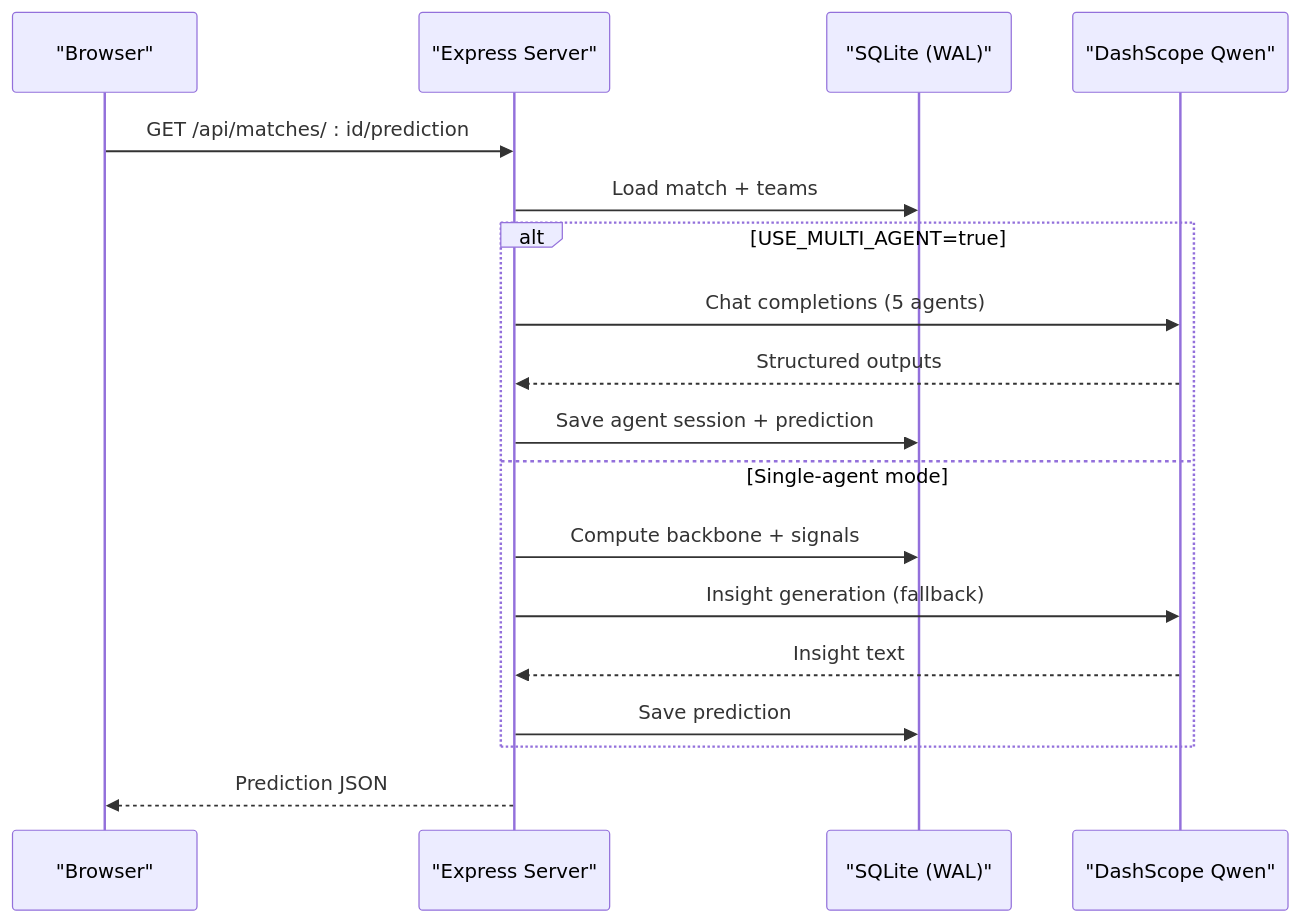
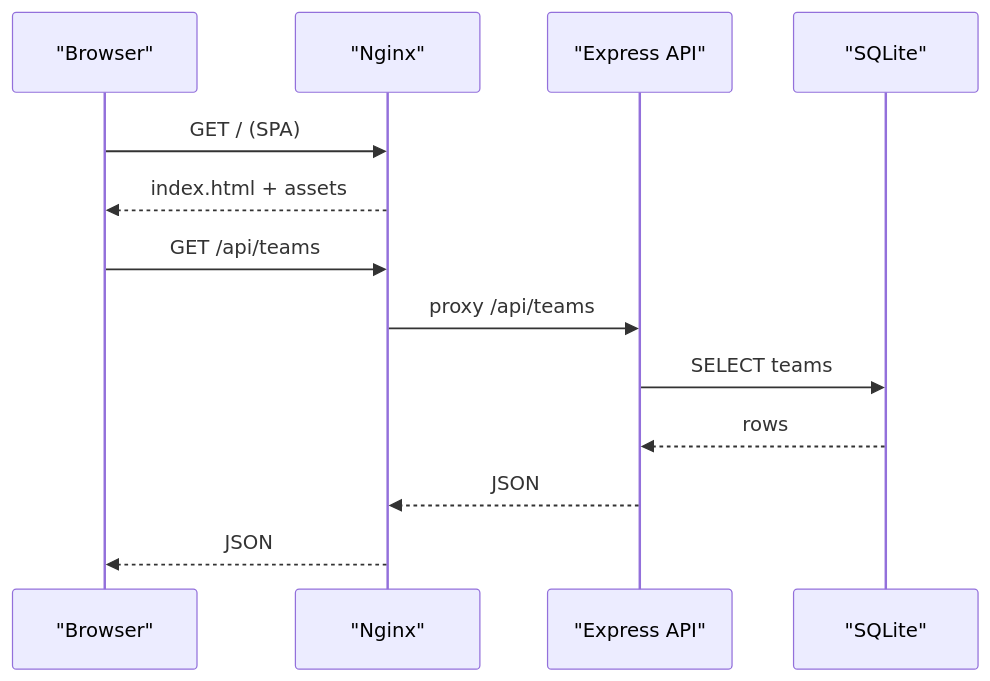
Before and after one commit to cheesiong/WC26-qwen: the third of 10 diagrams in .qoder/repowiki/en/content/System Architecture/System Architecture.md, drawn with Mermaid. The commit also changed other lines of this file and 181 other files, not shown here.

````diff
--- a/.qoder/repowiki/en/content/System Architecture/System Architecture.md
+++ b/.qoder/repowiki/en/content/System Architecture/System Architecture.md
@@ -152,20 +145,15 @@
 ```mermaid
 sequenceDiagram
 participant Browser as "Browser"
-participant API as "Express Server"
-participant DB as "SQLite (WAL)"
-participant Qwen as "DashScope Qwen"
-Browser->>API : GET /api/matches/ : id/prediction
-API->>DB : Load match + teams
-alt USE_MULTI_AGENT=true
-API->>Qwen : Chat completions (5 agents)
-Qwen-->>API : Structured outputs
-API->>DB : Save agent session + prediction
-else Single-agent mode
-API->>DB : Compute backbone + signals
-API->>Qwen : Insight generation (fallback)
-Qwen-->>API : Insight text
-API->>DB : Save prediction
-end
-API-->>Browser : Prediction JSON
+participant Nginx as "Nginx"
+participant API as "Express API"
+participant DB as "SQLite"
+Browser->>Nginx : GET / (SPA)
+Nginx-->>Browser : index.html + assets
+Browser->>Nginx : GET /api/teams
+Nginx->>API : proxy /api/teams
+API->>DB : SELECT teams
+DB-->>API : rows
+API-->>Nginx : JSON
+Nginx-->>Browser : JSON
 ```
````
